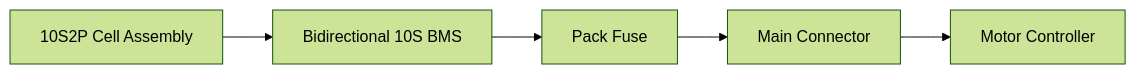
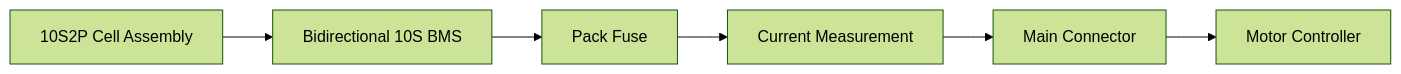
One commit to tspreck/ferrous-drive changed the third of 5 diagrams in docs/battery_design.md. Above: the diagram before and after it, drawn with Mermaid (forest theme). The commit also changed other lines of this file and 2 other files, not shown here.

````diff
--- a/docs/battery_design.md
+++ b/docs/battery_design.md
@@ -658,13 +399,15 @@
 ```mermaid
 flowchart LR
-    Cells["10S2P Cell Assembly"]
-    BMS["Bidirectional 10S BMS"]
-    Fuse["Pack Fuse"]
-    Connector["Main Connector"]
-    Controller["Motor Controller"]
+    Cells[10S2P Cell Assembly]
+    BMS[Bidirectional 10S BMS]
+    Fuse[Pack Fuse]
+    Current[Current Measurement]
+    Connector[Main Connector]
+    Controller[Motor Controller]
 
     Cells --> BMS
     BMS --> Fuse
-    Fuse --> Connector
+    Fuse --> Current
+    Current --> Connector
     Connector --> Controller
 ```
````
